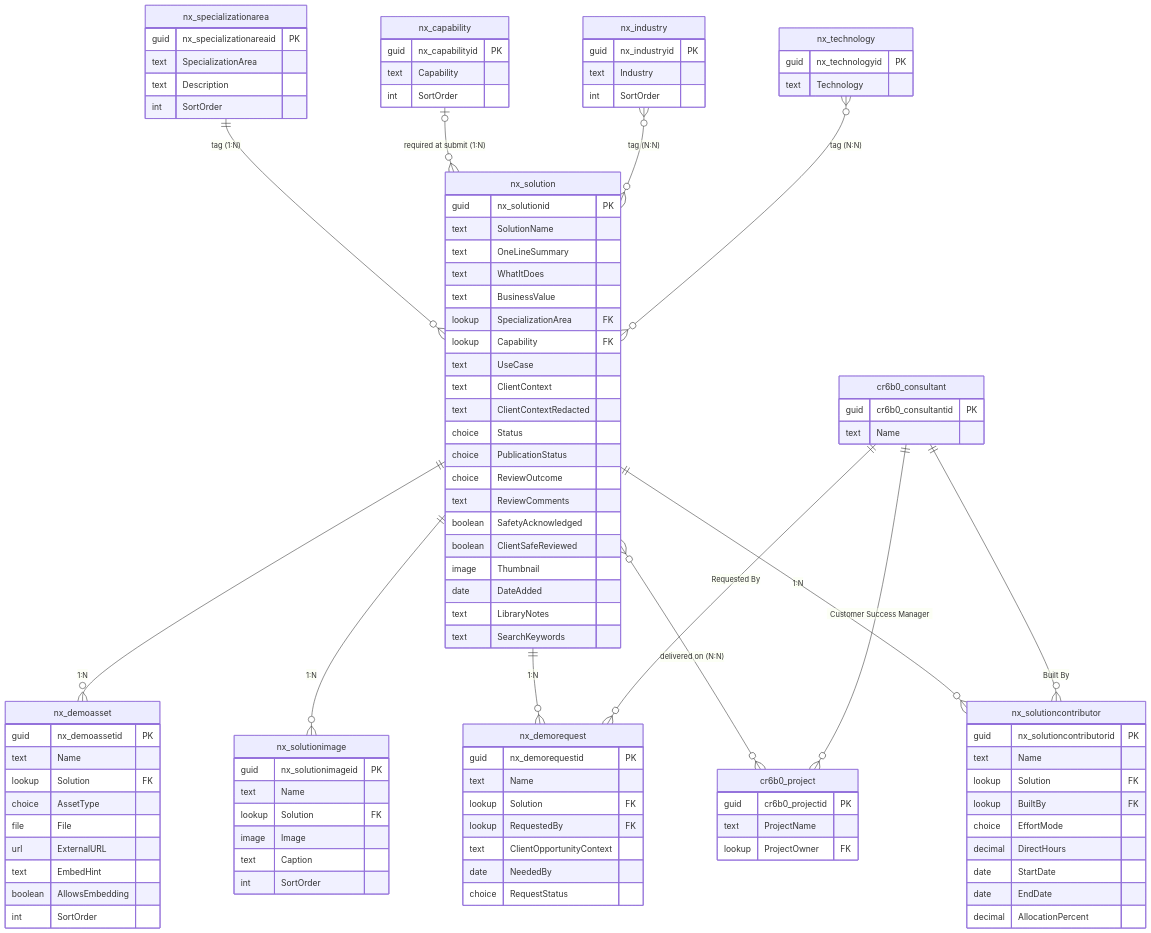
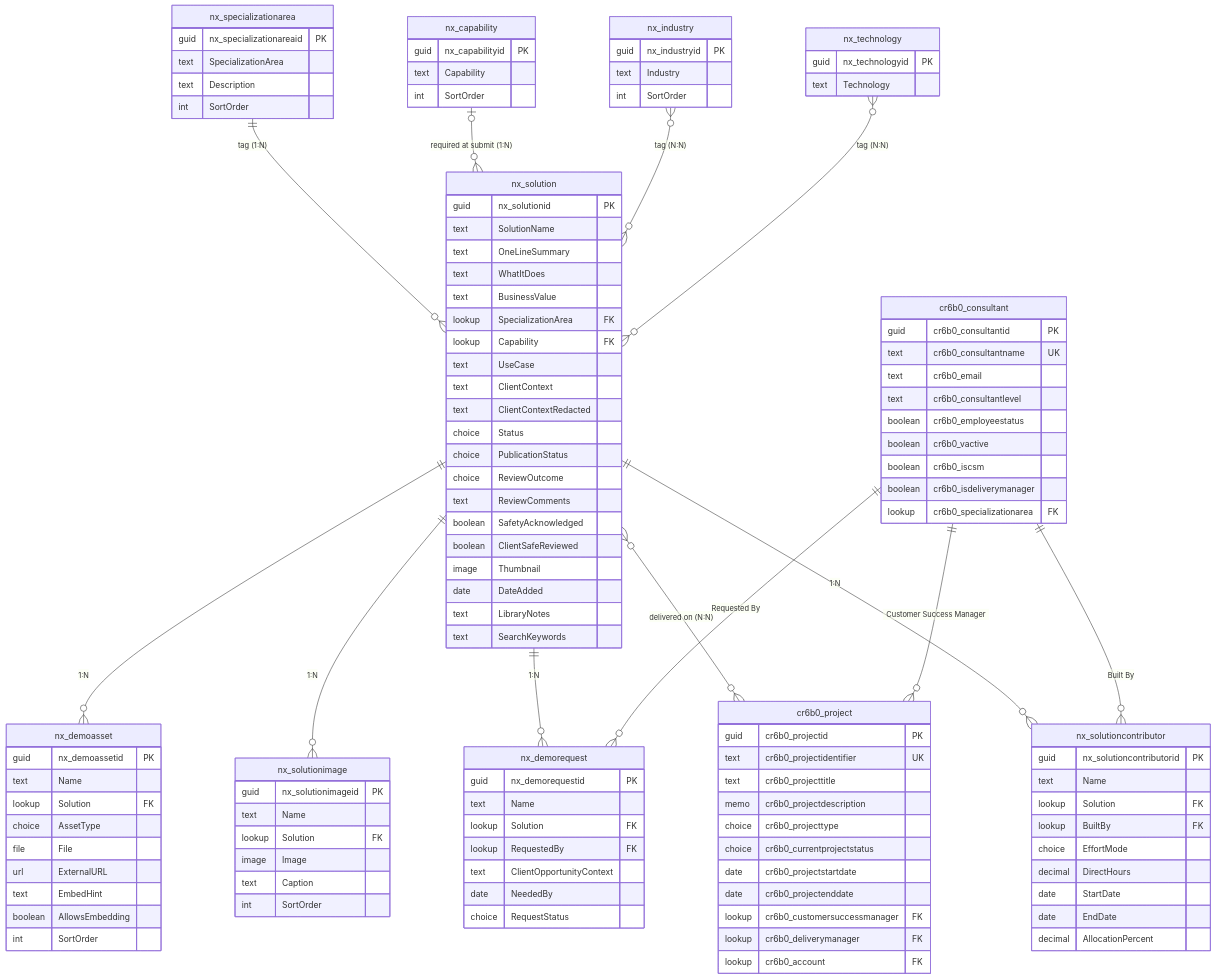
Before and after one commit to lpreciado-nextant/PRISMA: the first of 3 diagrams in docs/data_model/SchemaV2.md, drawn with Mermaid. The commit also changed other lines of this file, not shown here.

Commit message:
feat: enhance SchemaV2 documentation with detailed descriptions and logical names for `cr6b0_project` and `cr6b0_consultant`

````diff
--- a/docs/data_model/SchemaV2.md
+++ b/docs/data_model/SchemaV2.md
@@ -146,11 +146,26 @@
     }
     cr6b0_project {
         guid cr6b0_projectid PK
-        text ProjectName
-        lookup ProjectOwner FK
+        text cr6b0_projectidentifier UK
+        text cr6b0_projecttitle
+        memo cr6b0_projectdescription
+        choice cr6b0_projecttype
+        choice cr6b0_currentprojectstatus
+        date cr6b0_projectstartdate
+        date cr6b0_projectenddate
+        lookup cr6b0_customersuccessmanager FK
+        lookup cr6b0_deliverymanager FK
+        lookup cr6b0_account FK
     }
     cr6b0_consultant {
         guid cr6b0_consultantid PK
-        text Name
+        text cr6b0_consultantname UK
+        text cr6b0_email
+        text cr6b0_consultantlevel
+        boolean cr6b0_employeestatus
+        boolean cr6b0_vactive
+        boolean cr6b0_iscsm
+        boolean cr6b0_isdeliverymanager
+        lookup cr6b0_specializationarea FK
     }
 ```
````
